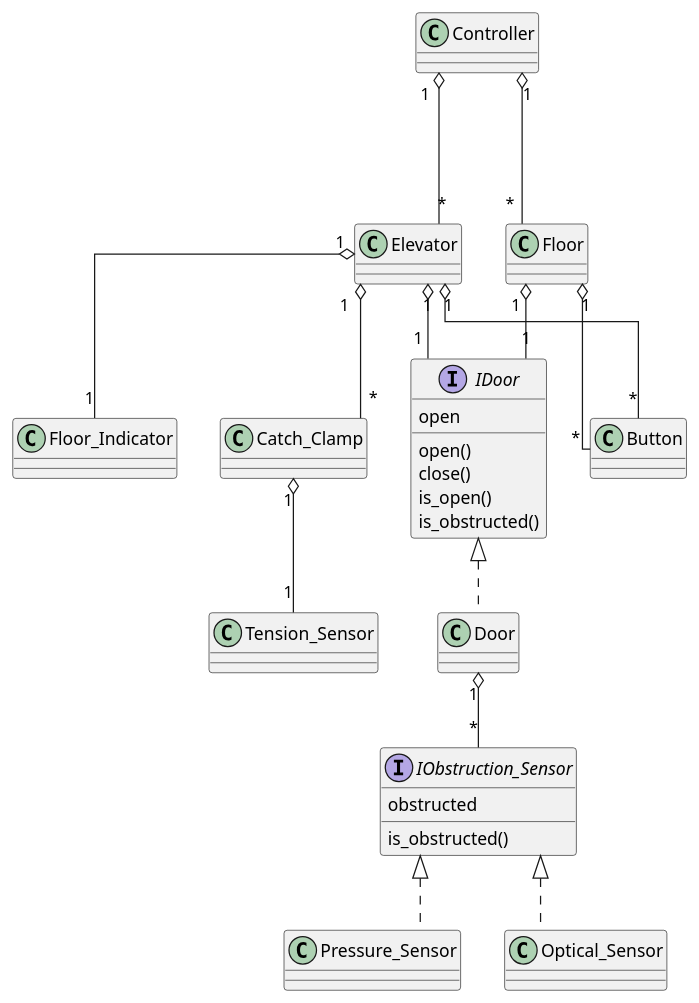
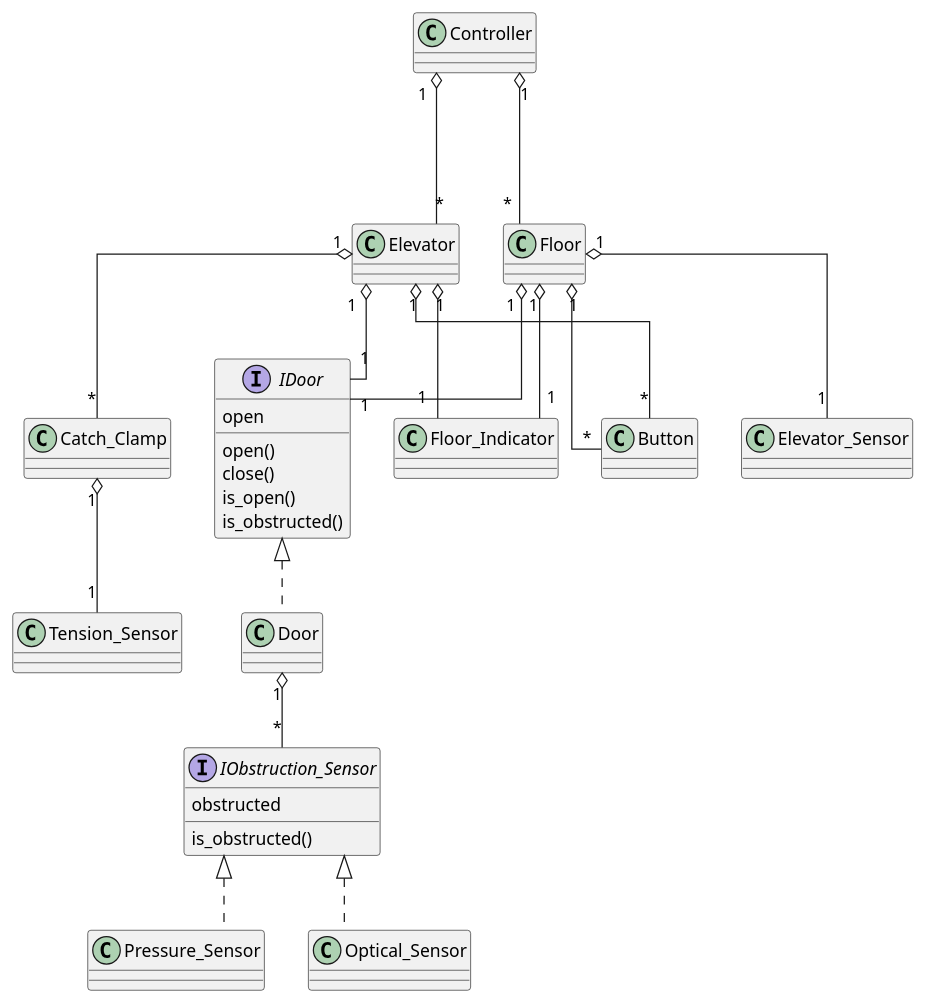
One commit to MarijnVerschuren/Tech changed the diagram in software/design/elevator/class_diagram.puml. Above: the diagram before and after it, drawn with PlantUML. The commit also changed 17 other files, not shown here.

```diff
--- a/software/design/elevator/class_diagram.puml
+++ b/software/design/elevator/class_diagram.puml
@@ -1,60 +1,65 @@
 @startuml
 skinparam linetype ortho
 
 interface IDoor {
 	open
 
 	open()
 	close()
 	is_open()
 	is_obstructed()
 }
 interface IObstruction_Sensor {
 	obstructed
 
 	is_obstructed()
 }
 
 class Controller {
 
 }
 class Elevator {
 
 }
 class Door {
 
 }
 class Pressure_Sensor {
 
 }
 class Optical_Sensor {
 
 }
 class Tension_Sensor {
 
 }
 class Catch_Clamp {
 
 }
 class Floor_Indicator {
 
 }
+class Elevator_Sensor {
+
+}
 class Button {
 
 }
 
 Controller			"1" o--- "*"	Floor
 Controller			"1" o--- "*"	Elevator
 IDoor					<|..		Door
-Elevator			"1" o-- "1"	IDoor
-Floor				"1" o-- "1"	IDoor
-Door				"1" o-- "*"	IObstruction_Sensor
+Elevator			"1" o-- "1"		IDoor
+Floor				"1" o-- "1"		IDoor
+Door				"1" o-- "*"		IObstruction_Sensor
 IObstruction_Sensor		<|..		Pressure_Sensor
 IObstruction_Sensor		<|..		Optical_Sensor
 Elevator			"1" o-- "1"		Floor_Indicator
+Floor				"1" o-- "1"		Floor_Indicator
 Elevator			"1" o-- "*"		Button
 Floor				"1" o-- "*"		Button
+Floor				"1" o-- "1"		Elevator_Sensor
 Elevator			"1" o-- "*"		Catch_Clamp
 Catch_Clamp			"1" o-- "1"		Tension_Sensor
 
 @enduml
```
